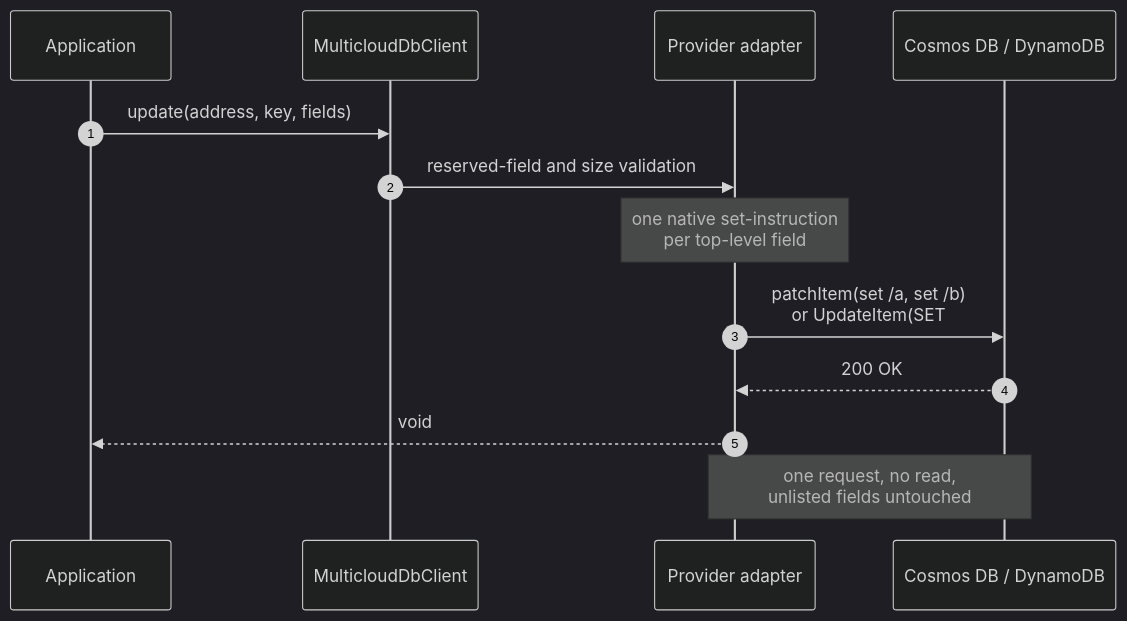
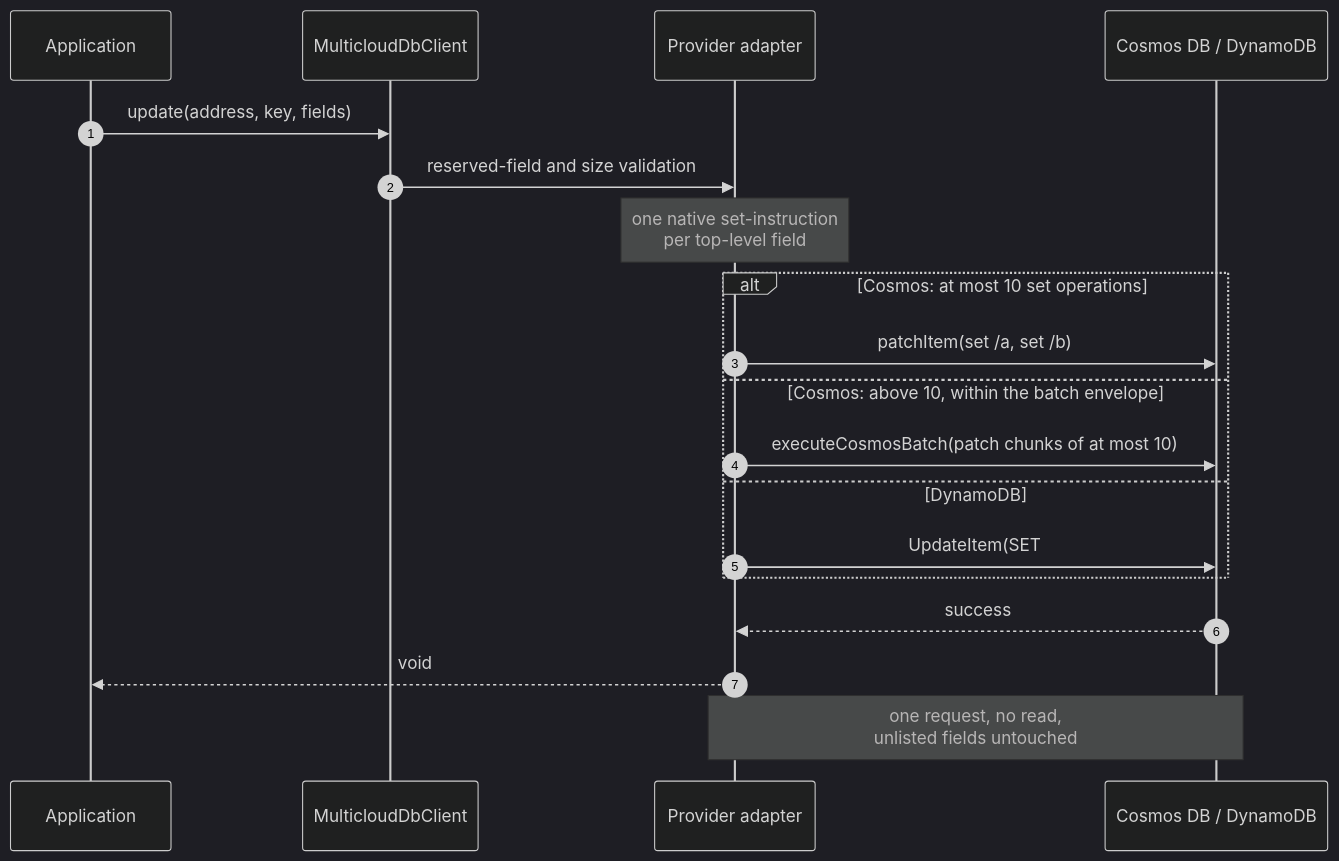
One commit to allenkim0129/multiclouddb-sdk-for-java changed the second of 3 diagrams in specs/002-partial-update/design.md. Above: the diagram before and after it, drawn with Mermaid (dark theme). The commit also changed other lines of this file, not shown here.

First line of the commit message:
docs(partial-update): use transactional batch above patch limit

````diff
--- a/specs/002-partial-update/design.md
+++ b/specs/002-partial-update/design.md
@@ -275,16 +306,22 @@
 ```mermaid
 sequenceDiagram
     autonumber
     participant App as Application
     participant API as MulticloudDbClient
     participant ADP as Provider adapter
     participant DB as Cosmos DB / DynamoDB
 
     App->>API: update(address, key, fields)
     API->>ADP: reserved-field and size validation
     Note over ADP: one native set-instruction<br/>per top-level field
-    ADP->>DB: patchItem(set /a, set /b)<br/>or UpdateItem(SET #a=:a, #b=:b)
-    DB-->>ADP: 200 OK
+    alt Cosmos: at most 10 set operations
+        ADP->>DB: patchItem(set /a, set /b)
+    else Cosmos: above 10, within the batch envelope
+        ADP->>DB: executeCosmosBatch(patch chunks of at most 10)
+    else DynamoDB
+        ADP->>DB: UpdateItem(SET #a=:a, #b=:b)
+    end
+    DB-->>ADP: success
     ADP-->>App: void
     Note over ADP,DB: one request, no read,<br/>unlisted fields untouched
 ```
````
